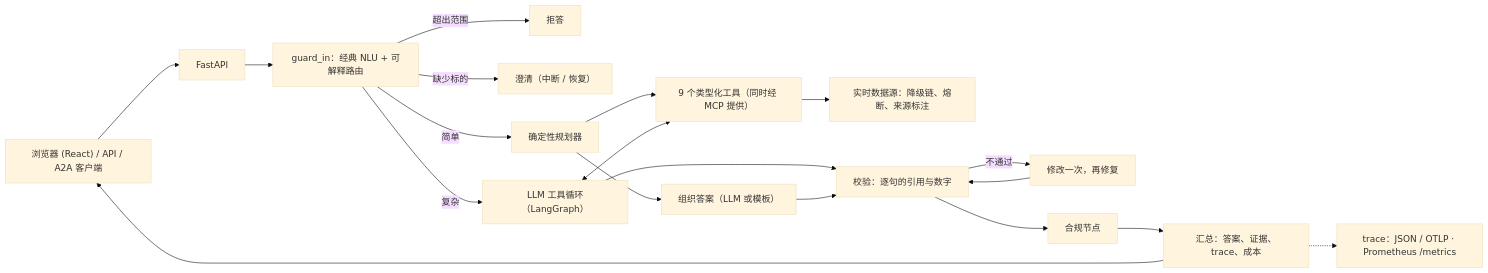
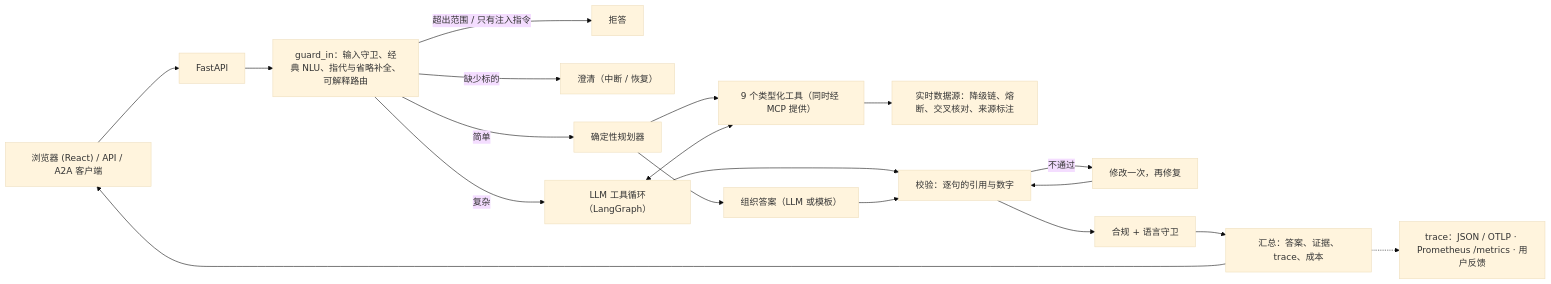
Before and after one commit to beautifulrem/FinSight: the diagram in README_CN.md, drawn with Mermaid (base theme). The commit also changed other lines of this file and 17 other files, not shown here.

````diff
--- a/README_CN.md
+++ b/README_CN.md
@@ -61,19 +139,19 @@
 ```mermaid
 flowchart LR
   U["浏览器 (React) / API / A2A 客户端"] --> API["FastAPI"]
-  API --> G["guard_in：经典 NLU + 可解释路由"]
-  G -->|超出范围| RF["拒答"]
+  API --> G["guard_in：输入守卫、经典 NLU、指代与省略补全、可解释路由"]
+  G -->|超出范围 / 只有注入指令| RF["拒答"]
   G -->|缺少标的| CL["澄清（中断 / 恢复）"]
   G -->|简单| WF["确定性规划器"]
   G -->|复杂| AL["LLM 工具循环（LangGraph）"]
   WF --> T["9 个类型化工具（同时经 MCP 提供）"]
   AL <--> T
-  T --> DS["实时数据源：降级链、熔断、来源标注"]
+  T --> DS["实时数据源：降级链、熔断、交叉核对、来源标注"]
   WF --> C["组织答案（LLM 或模板）"]
   AL --> V["校验：逐句的引用与数字"]
   C --> V
   V -->|不通过| RV["修改一次，再修复"] --> V
-  V --> K["合规节点"] --> F["汇总：答案、证据、trace、成本"]
+  V --> K["合规 + 语言守卫"] --> F["汇总：答案、证据、trace、成本"]
   F --> U
-  F -.-> O["trace：JSON / OTLP · Prometheus /metrics"]
+  F -.-> O["trace：JSON / OTLP · Prometheus /metrics · 用户反馈"]
 ```
````
